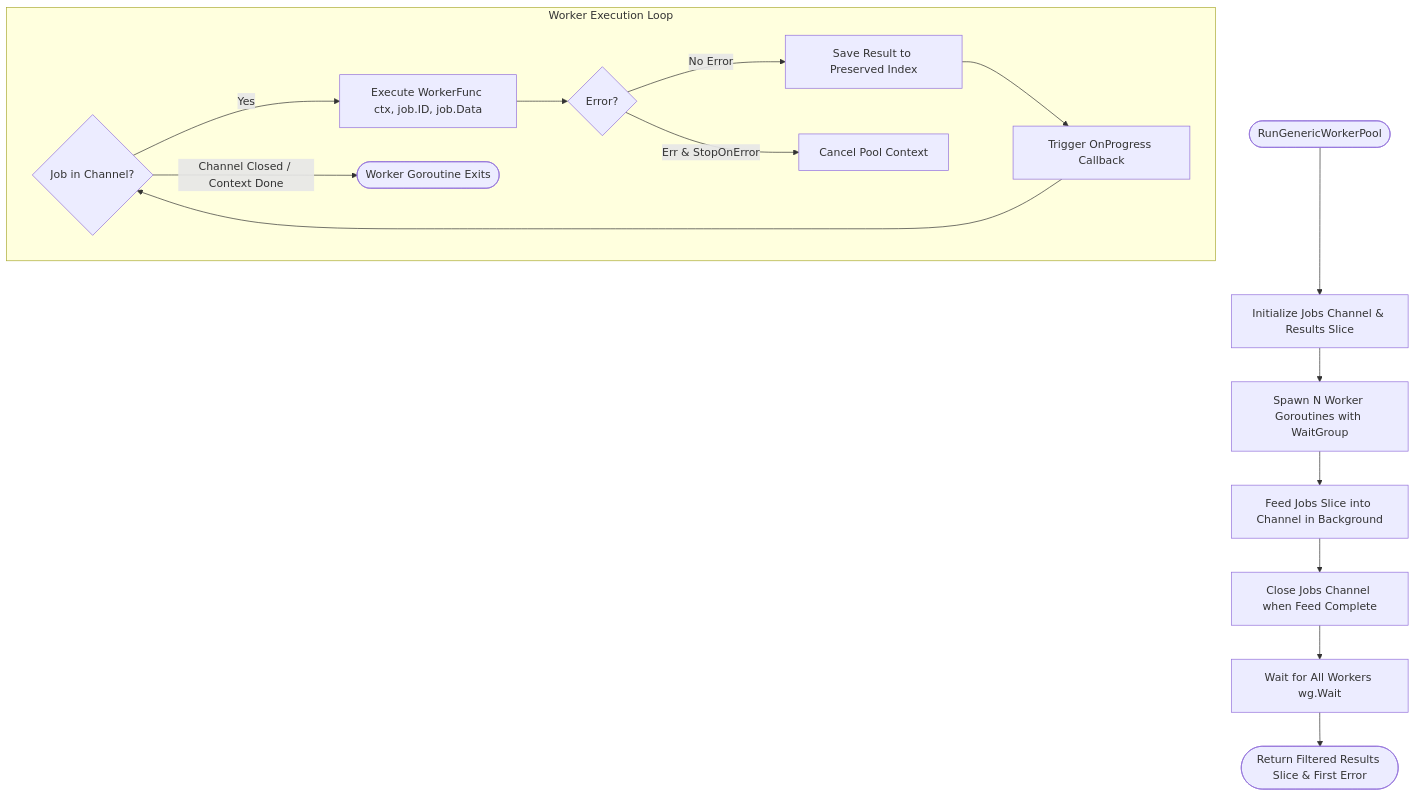
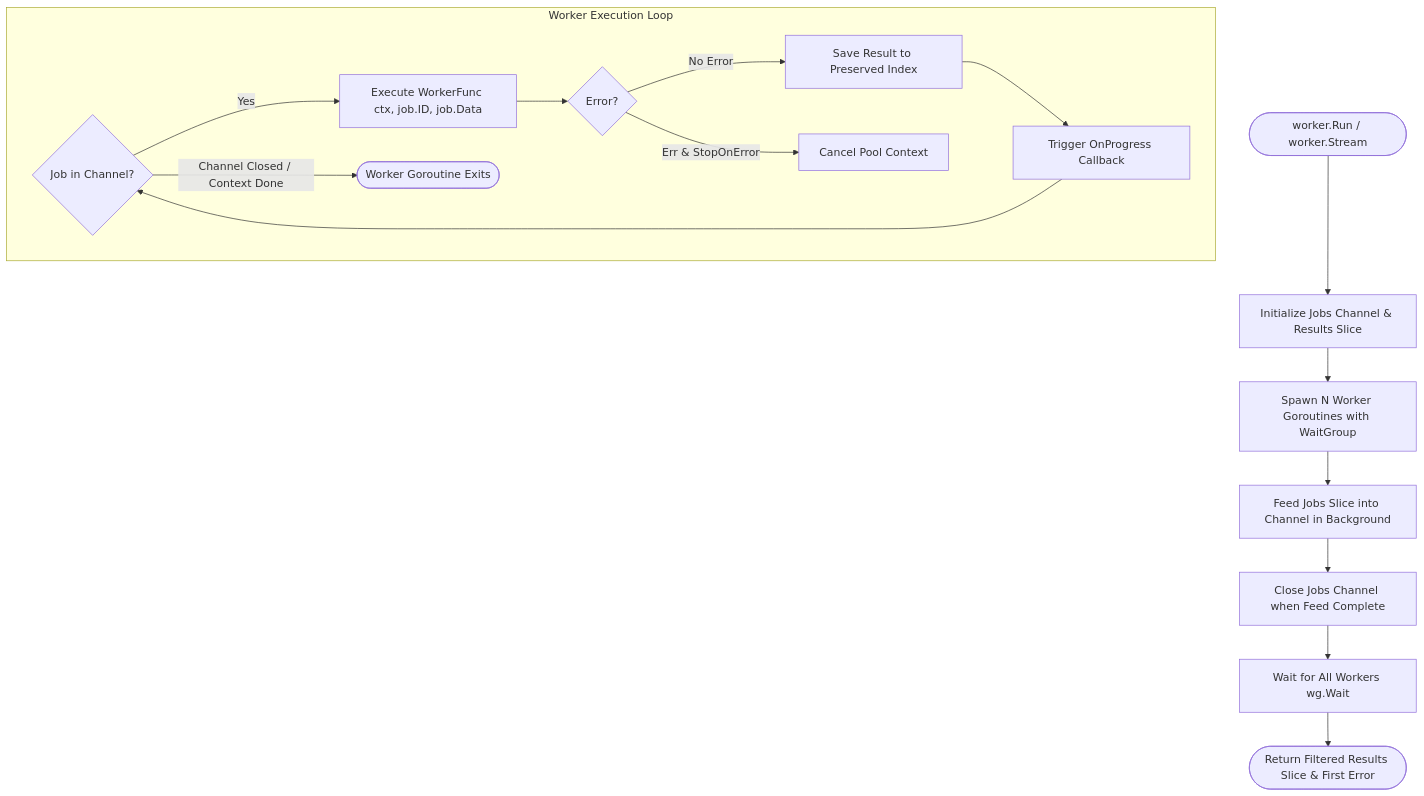
The diagram in worker/README.md (Jkenyut/nvx-go-helper), drawn with Mermaid before and after one commit. The commit also changed other lines of this file and 9 other files, not shown here.

````diff
--- a/worker/README.md
+++ b/worker/README.md
@@ -7,21 +7,21 @@
 ```mermaid
 flowchart TD
-    Start([RunGenericWorkerPool]) --> InitQueue[Initialize Jobs Channel & Results Slice]
+    Start([worker.Run / worker.Stream]) --> InitQueue[Initialize Jobs Channel & Results Slice]
     InitQueue --> SpawnWorkers[Spawn N Worker Goroutines with WaitGroup]
     
     subgraph Workers ["Worker Execution Loop"]
         FetchJob{Job in Channel?}
         FetchJob -- Yes --> ExecJob[Execute WorkerFunc ctx, job.ID, job.Data]
         ExecJob --> SuccessCheck{Error?}
         SuccessCheck -- No Error --> SaveRes[Save Result to Preserved Index]
         SuccessCheck -- Err & StopOnError --> TriggerCancel[Cancel Pool Context]
         SaveRes --> Progress[Trigger OnProgress Callback]
         Progress --> FetchJob
         FetchJob -- Channel Closed / Context Done --> WorkerDone([Worker Goroutine Exits])
     end
 
     SpawnWorkers --> FeedJobs[Feed Jobs Slice into Channel in Background]
     FeedJobs --> CloseJobs[Close Jobs Channel when Feed Complete]
     CloseJobs --> WaitWorkers[Wait for All Workers wg.Wait]
     WaitWorkers --> ReturnRes([Return Filtered Results Slice & First Error])
 ```
````
